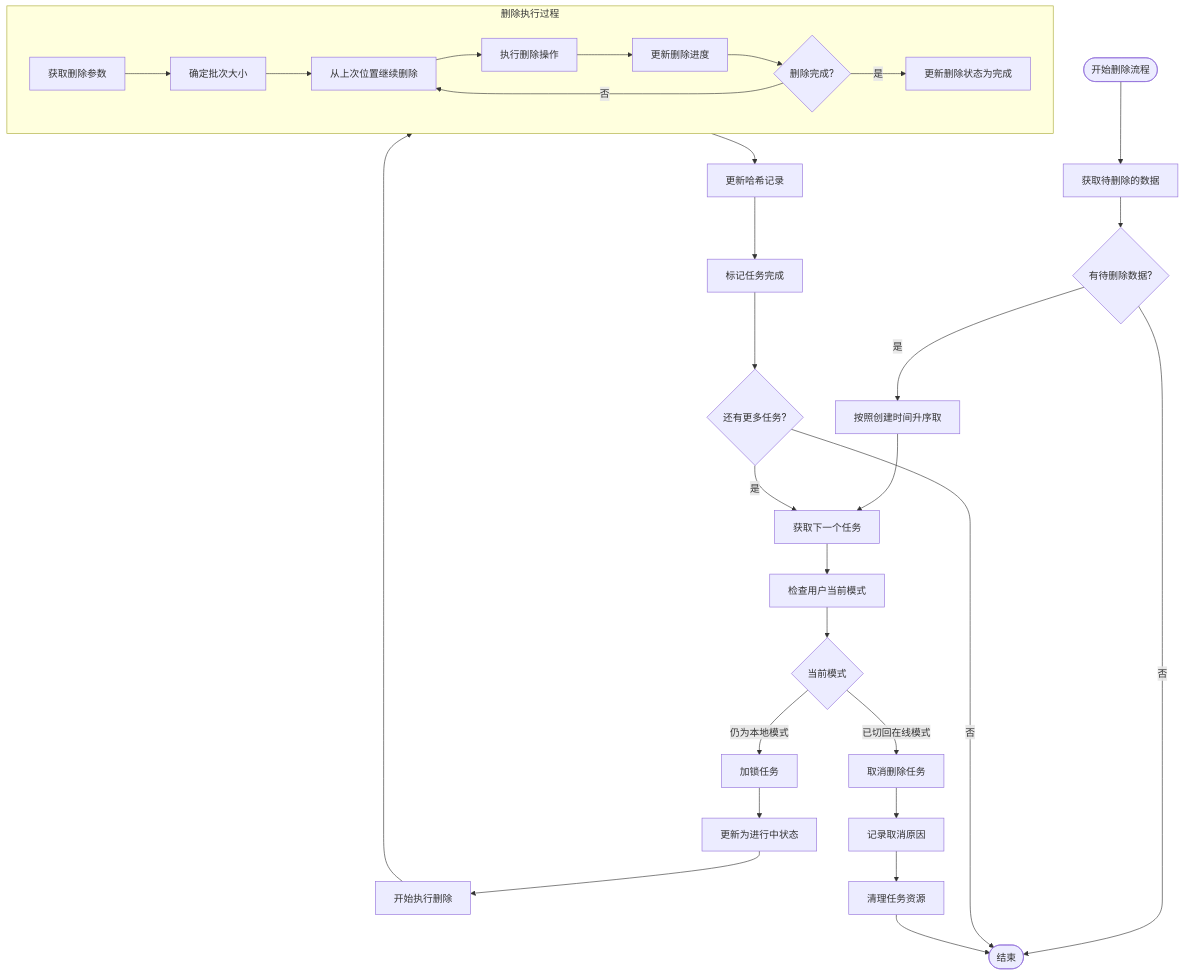
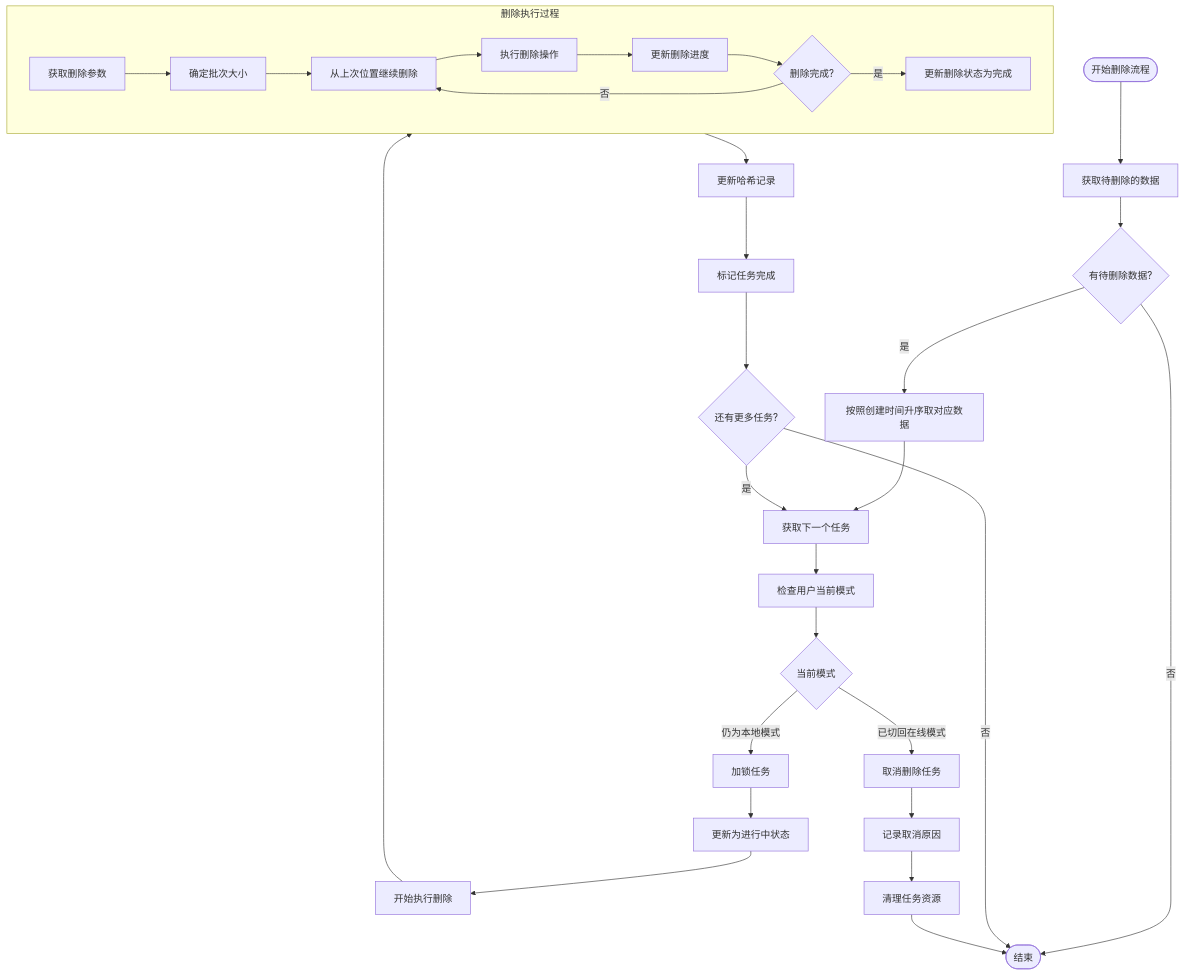
The diagram in all/未命名-51.md (yingjianzh/iodraw-files), drawn with Mermaid before and after one commit.

Commit message:
2025-05-08 15:18:47 update

````diff
--- a/all/未命名-51.md
+++ b/all/未命名-51.md
@@ -1,42 +1,42 @@
 ```mermaid
 flowchart TD
     Start([开始删除流程]) --> FetchTasks[获取待删除的数据]
     FetchTasks --> HasTasks{有待删除数据?}
     
     HasTasks -->|否| End([结束])
-    HasTasks -->|是| PrioritizeTasks[按照创建时间升序取]
+    HasTasks -->|是| PrioritizeTasks[按照创建时间升序取对应数据]
     
     PrioritizeTasks --> GetNextTask[获取下一个任务]
     GetNextTask --> CheckUserMode[检查用户当前模式]
     
     CheckUserMode --> CurrentMode{当前模式}
     CurrentMode -->|已切回在线模式| TaskCancel[取消删除任务]
     CurrentMode -->|仍为本地模式| LockTask[加锁任务]
     
     LockTask --> UpdateStatus[更新为进行中状态]
     UpdateStatus --> BeginDeletion[开始执行删除]
     
     subgraph DeletionProcess [删除执行过程]
         A[获取删除参数] --> B[确定批次大小]
         B --> C[从上次位置继续删除]
         C --> D[执行删除操作]
         D --> E[更新删除进度]
         E --> F{删除完成?}
         F -->|否| C
         F -->|是| G[更新删除状态为完成]
     end
     
     BeginDeletion --> DeletionProcess
     
     DeletionProcess --> UpdateHashRecord[更新哈希记录]
     UpdateHashRecord --> MarkCompleted[标记任务完成]
     
     TaskCancel --> LogCancellation[记录取消原因]
     LogCancellation --> CleanupTask[清理任务资源]
     
     MarkCompleted --> CheckMoreTasks{还有更多任务?}
     CheckMoreTasks -->|是| GetNextTask
     CheckMoreTasks -->|否| End
     
     CleanupTask --> End
 ```
````
